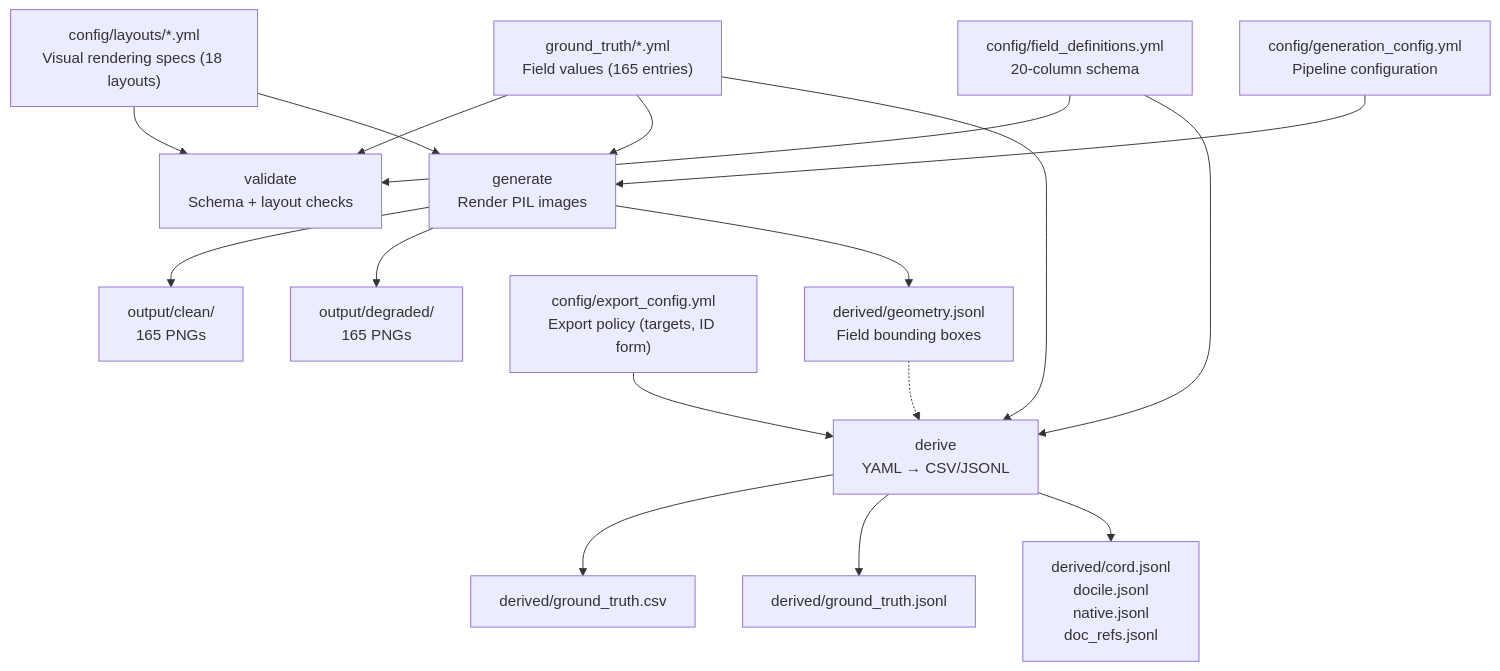
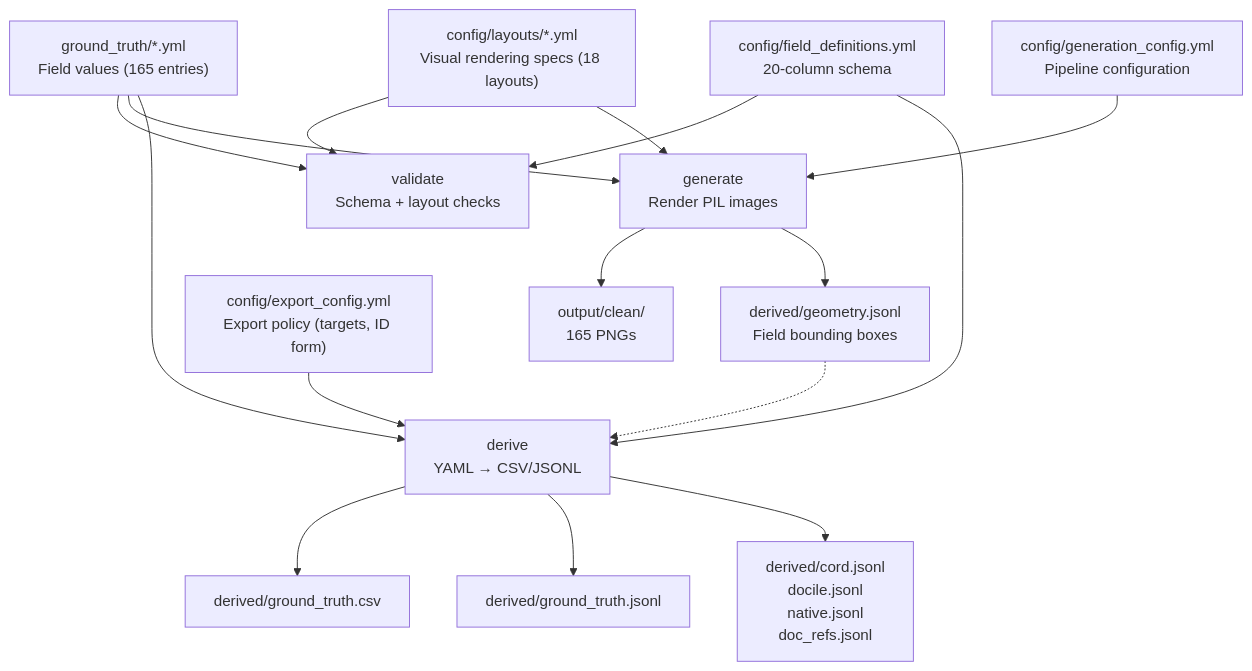
Before and after one commit to tmnestor/Synthetic_Doc_Generation: the diagram in README.md, drawn with Mermaid. The commit also changed other lines of this file and 3 other files, not shown here.

````diff
--- a/README.md
+++ b/README.md
@@ -160,27 +157,26 @@
 ```mermaid
 graph TD
     GT["ground_truth/*.yml<br/>Field values (165 entries)"]
     LR["config/layouts/*.yml<br/>Visual rendering specs (18 layouts)"]
     GC["config/generation_config.yml<br/>Pipeline configuration"]
     FD["config/field_definitions.yml<br/>20-column schema"]
 
     GT --> V["validate<br/>Schema + layout checks"]
     LR --> V
     FD --> V
 
     GT --> G["generate<br/>Render PIL images"]
     LR --> G
     GC --> G
 
     G --> CLEAN["output/clean/<br/>165 PNGs"]
-    G --> DEG["output/degraded/<br/>165 PNGs"]
 
     GT --> D["derive<br/>YAML → CSV/JSONL"]
     FD --> D
     EC["config/export_config.yml<br/>Export policy (targets, ID form)"] --> D
     D --> CSV["derived/ground_truth.csv"]
     D --> JSONL["derived/ground_truth.jsonl"]
     D --> EXP["derived/cord.jsonl<br/>docile.jsonl<br/>native.jsonl<br/>doc_refs.jsonl"]
     G --> GEO["derived/geometry.jsonl<br/>Field bounding boxes"]
     GEO -.-> D
 ```
````
